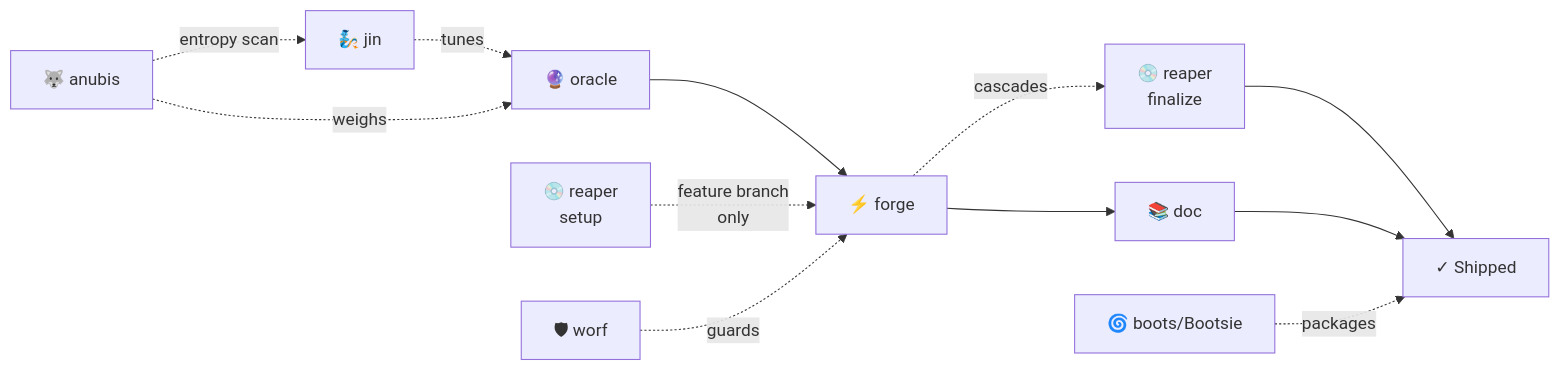
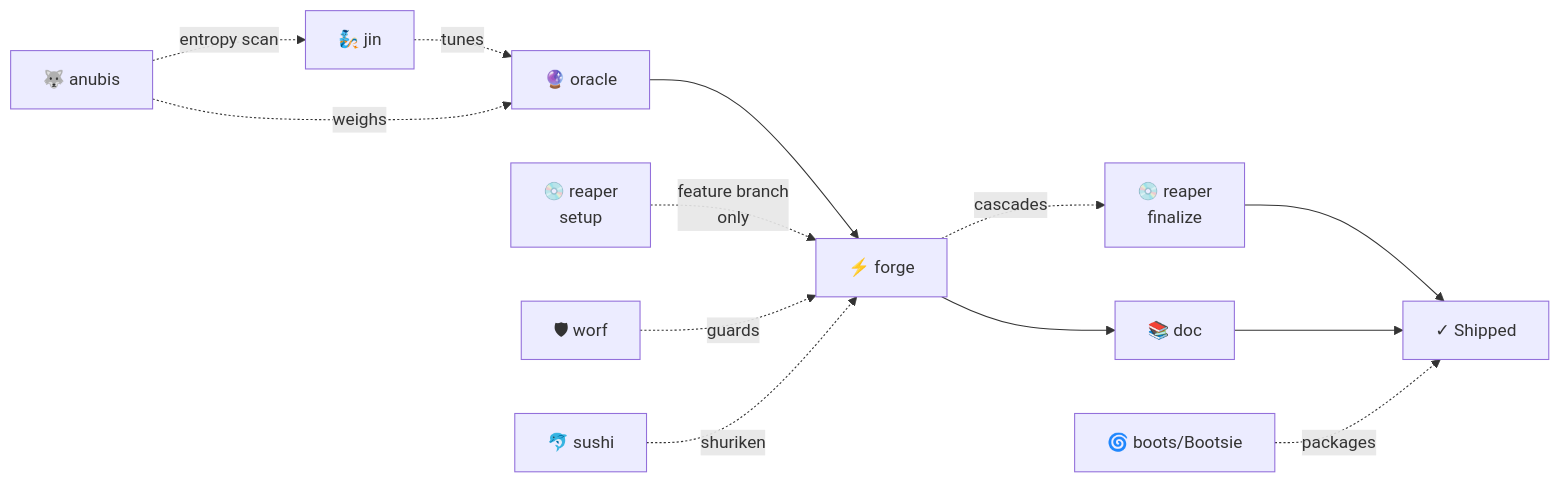
Before and after one commit to verdey/claude-skills: the first of 2 diagrams in forge/templates.md, drawn with Mermaid. The commit also changed other lines of this file and 12 other files, not shown here.

Commit message:
feat: sushi genesis — 🐬 surgical code ninja, Wave 1 shuriken (sr-find, sr-grep, sr-replace)

````diff
--- a/forge/templates.md
+++ b/forge/templates.md
@@ -46,14 +47,15 @@
 ```mermaid
 flowchart LR
   O[🔮 oracle] --> F[⚡ forge]
   F -. cascades .-> RF[💿 reaper\nfinalize]
   F --> D[📚 doc]
   RF --> DONE[✓ Shipped]
   D --> DONE
   J[🧞 jin] -. tunes .-> O
   B[🌀 boots/Bootsie] -. packages .-> DONE
   RS[💿 reaper\nsetup] -. feature branch\nonly .-> F
   AN[🐺 anubis] -. weighs .-> O
   AN -. entropy scan .-> J
   WY[🛡 worf] -. guards .-> F
+  SU[🐬 sushi] -. shuriken .-> F
 ```
````
